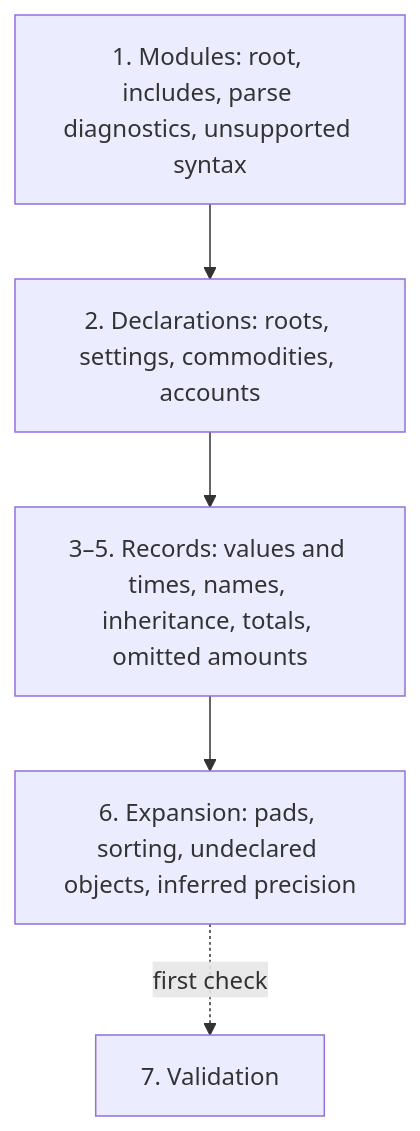
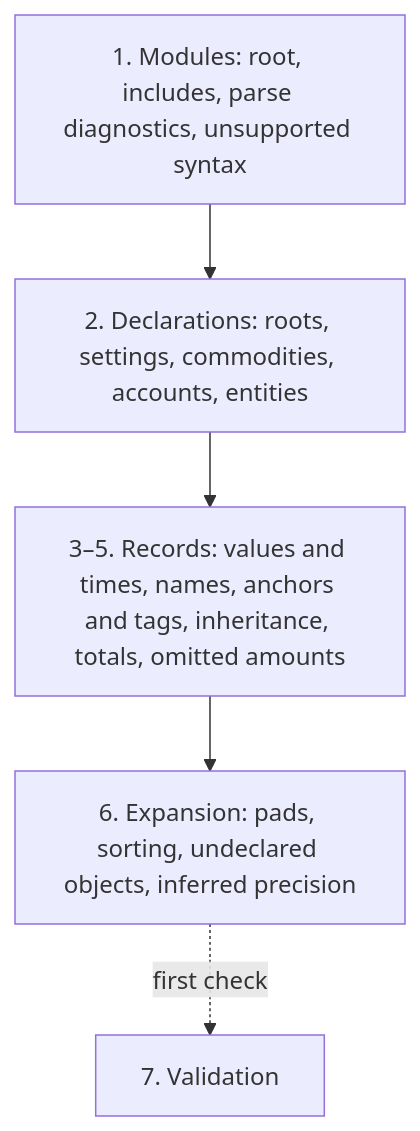
Before and after one commit to stellarator-studio/hueke: the diagram in docs/core/ledger.md, drawn with Mermaid. The commit also changed other lines of this file and 79 other files, not shown here.

First line of the commit message:
Implement M3: anchors and tags, entities, obligations

````diff
--- a/docs/core/ledger.md
+++ b/docs/core/ledger.md
@@ -92,7 +93,7 @@
 ```mermaid
 flowchart TD
-    m["1. Modules: root, includes, parse diagnostics, unsupported syntax"] --> d["2. Declarations: roots, settings, commodities, accounts"]
-    d --> r["3–5. Records: values and times, names, inheritance, totals, omitted amounts"]
+    m["1. Modules: root, includes, parse diagnostics, unsupported syntax"] --> d["2. Declarations: roots, settings, commodities, accounts, entities"]
+    d --> r["3–5. Records: values and times, names, anchors and tags, inheritance, totals, omitted amounts"]
     r --> e["6. Expansion: pads, sorting, undeclared objects, inferred precision"]
     e -. first check .-> v["7. Validation"]
 ```
````
